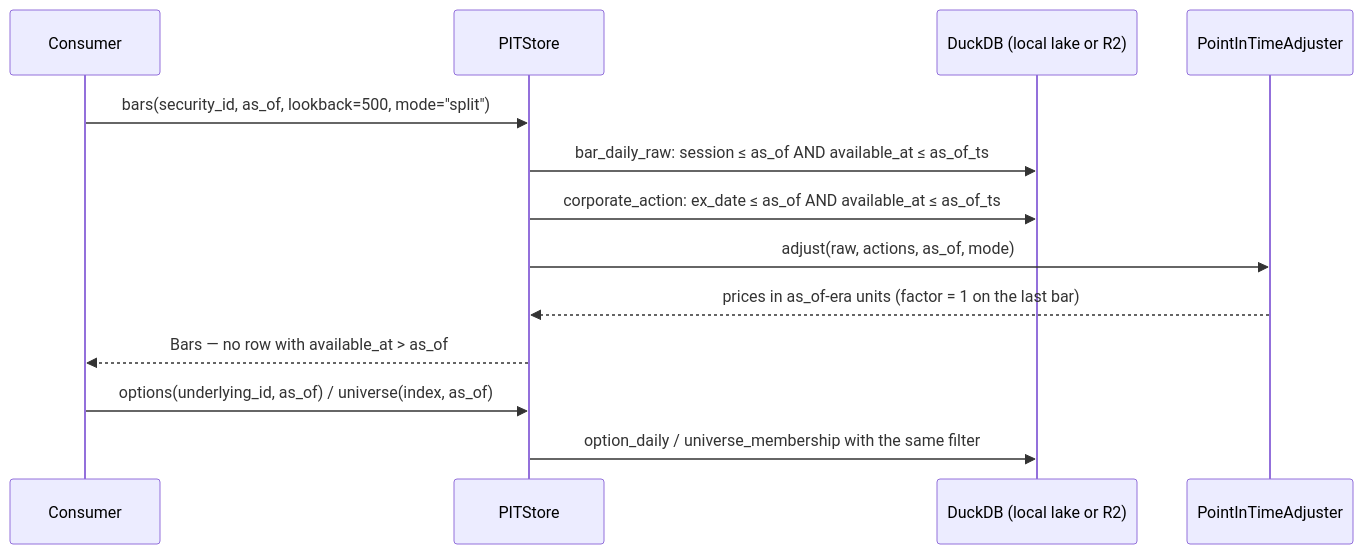
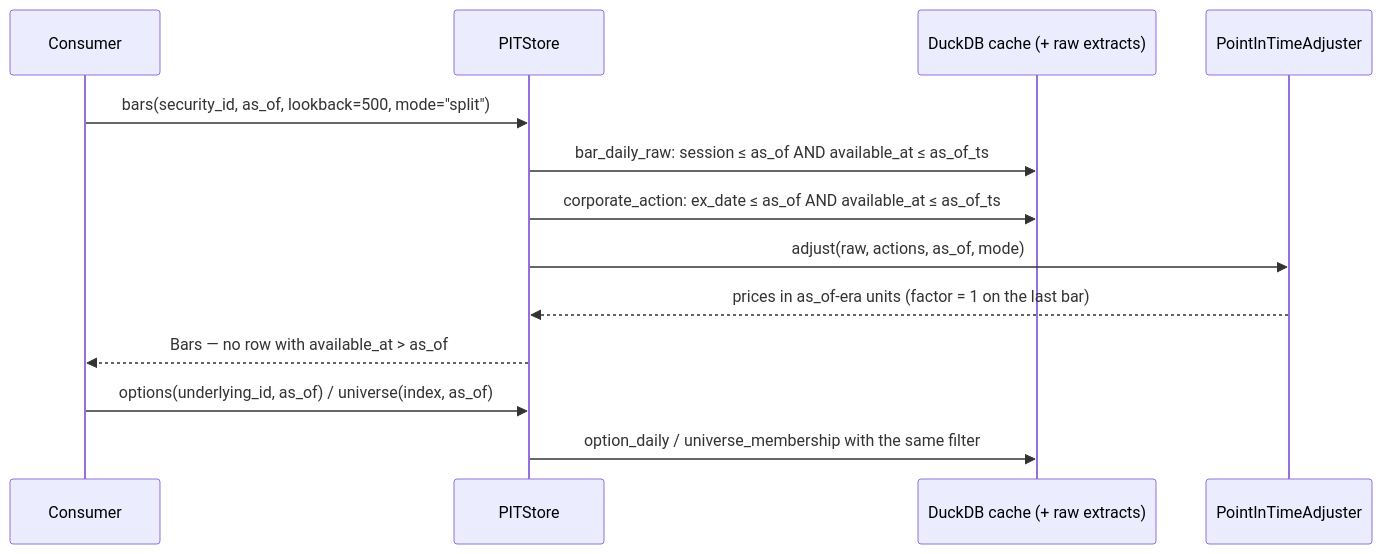
One commit to Neural-Matrix-LLC/Support-Resistance-Agent changed the tenth of 29 diagrams in docs/SR_Technical_Document.md. Above: the diagram before and after it, drawn with Mermaid. The commit also changed other lines of this file and 2 other files, not shown here.

````diff
--- a/docs/SR_Technical_Document.md
+++ b/docs/SR_Technical_Document.md
@@ -799,15 +813,15 @@
 ```mermaid
 sequenceDiagram
     participant C as Consumer
     participant S as PITStore
-    participant D as DuckDB (local lake or R2)
+    participant D as DuckDB cache (+ raw extracts)
     participant A as PointInTimeAdjuster
     C->>S: bars(security_id, as_of, lookback=500, mode="split")
     S->>D: bar_daily_raw: session ≤ as_of AND available_at ≤ as_of_ts
     S->>D: corporate_action: ex_date ≤ as_of AND available_at ≤ as_of_ts
     S->>A: adjust(raw, actions, as_of, mode)
     A-->>S: prices in as_of-era units (factor = 1 on the last bar)
     S-->>C: Bars — no row with available_at > as_of
     C->>S: options(underlying_id, as_of) / universe(index, as_of)
     S->>D: option_daily / universe_membership with the same filter
 ```
````
